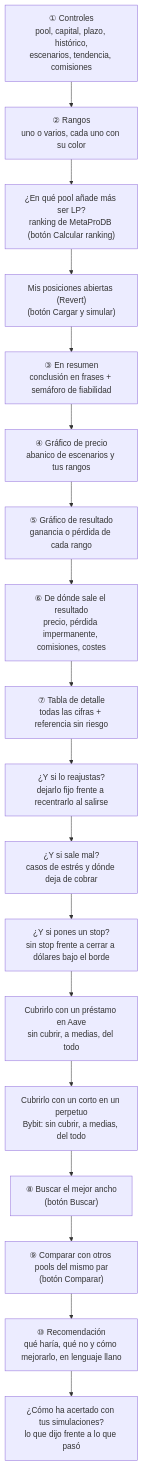
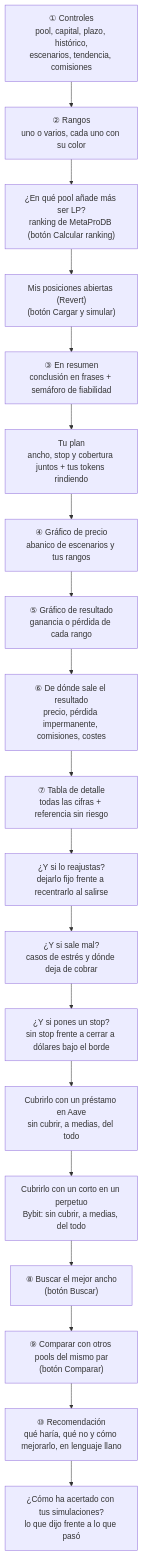
One commit to Caiico1/etapas-weinstein changed the first of 7 diagrams in Guia Simulador.md. Above: the diagram before and after it, drawn with Mermaid. The commit also changed other lines of this file and 1 other file, not shown here.

Commit message:
Guía y README del simulador al día: índice completo, «Tu plan» en el esquema, conclusiones de la validación, receta y Recomendación según lo validado, comandos de consola

````diff
--- a/Guia Simulador.md
+++ b/Guia Simulador.md
@@ -58,20 +76,21 @@
 ```mermaid
 flowchart TB
     A["① Controles<br/>pool, capital, plazo, histórico,<br/>escenarios, tendencia, comisiones"] --> B["② Rangos<br/>uno o varios, cada uno con su color"]
     B --> RK["¿En qué pool añade más ser LP?<br/>ranking de MetaProDB (botón Calcular ranking)"]
     RK --> M["Mis posiciones abiertas (Revert)<br/>(botón Cargar y simular)"]
     M --> R["③ En resumen<br/>conclusión en frases + semáforo de fiabilidad"]
-    R --> C["④ Gráfico de precio<br/>abanico de escenarios y tus rangos"]
+    R --> PL["Tu plan<br/>ancho, stop y cobertura juntos + tus tokens rindiendo"]
+    PL --> C["④ Gráfico de precio<br/>abanico de escenarios y tus rangos"]
     C --> D["⑤ Gráfico de resultado<br/>ganancia o pérdida de cada rango"]
     D --> G["⑥ De dónde sale el resultado<br/>precio, pérdida impermanente, comisiones, costes"]
     G --> E["⑦ Tabla de detalle<br/>todas las cifras + referencia sin riesgo"]
     E --> RJ["¿Y si lo reajustas?<br/>dejarlo fijo frente a recentrarlo al salirse"]
     RJ --> ES["¿Y si sale mal?<br/>casos de estrés y dónde deja de cobrar"]
     ES --> SL["¿Y si pones un stop?<br/>sin stop frente a cerrar a dólares bajo el borde"]
     SL --> CB["Cubrirlo con un préstamo en Aave<br/>sin cubrir, a medias, del todo"]
     CB --> CP["Cubrirlo con un corto en un perpetuo<br/>Bybit: sin cubrir, a medias, del todo"]
     CP --> O["⑧ Buscar el mejor ancho<br/>(botón Buscar)"]
     O --> P["⑨ Comparar con otros pools del mismo par<br/>(botón Comparar)"]
     P --> Q["⑩ Recomendación<br/>qué haría, qué no y cómo mejorarlo, en lenguaje llano"]
     Q --> HI["¿Cómo ha acertado con tus simulaciones?<br/>lo que dijo frente a lo que pasó"]
 ```
````
